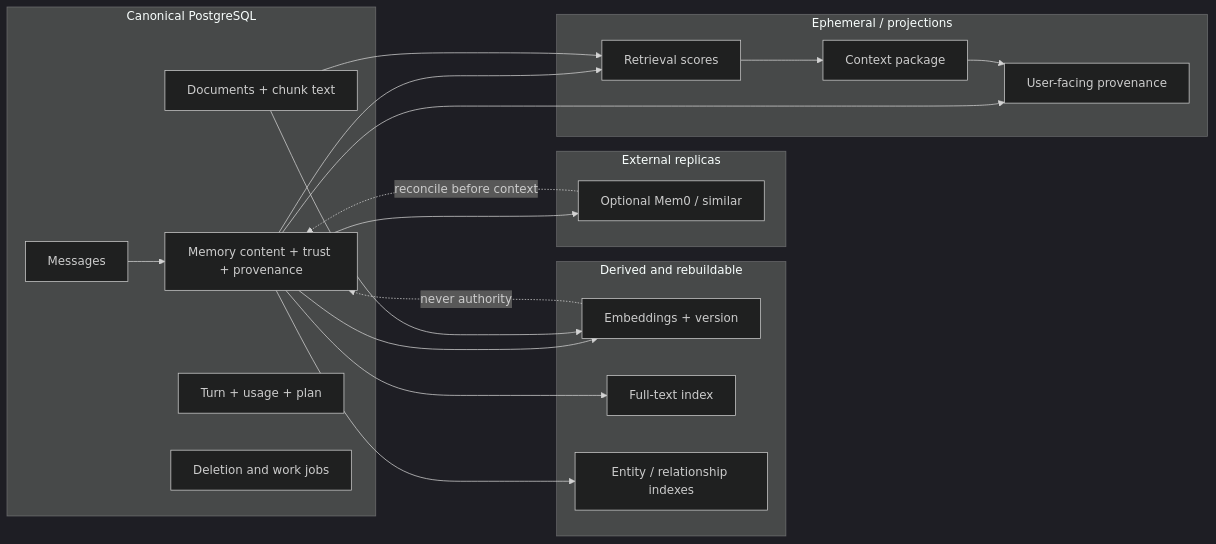
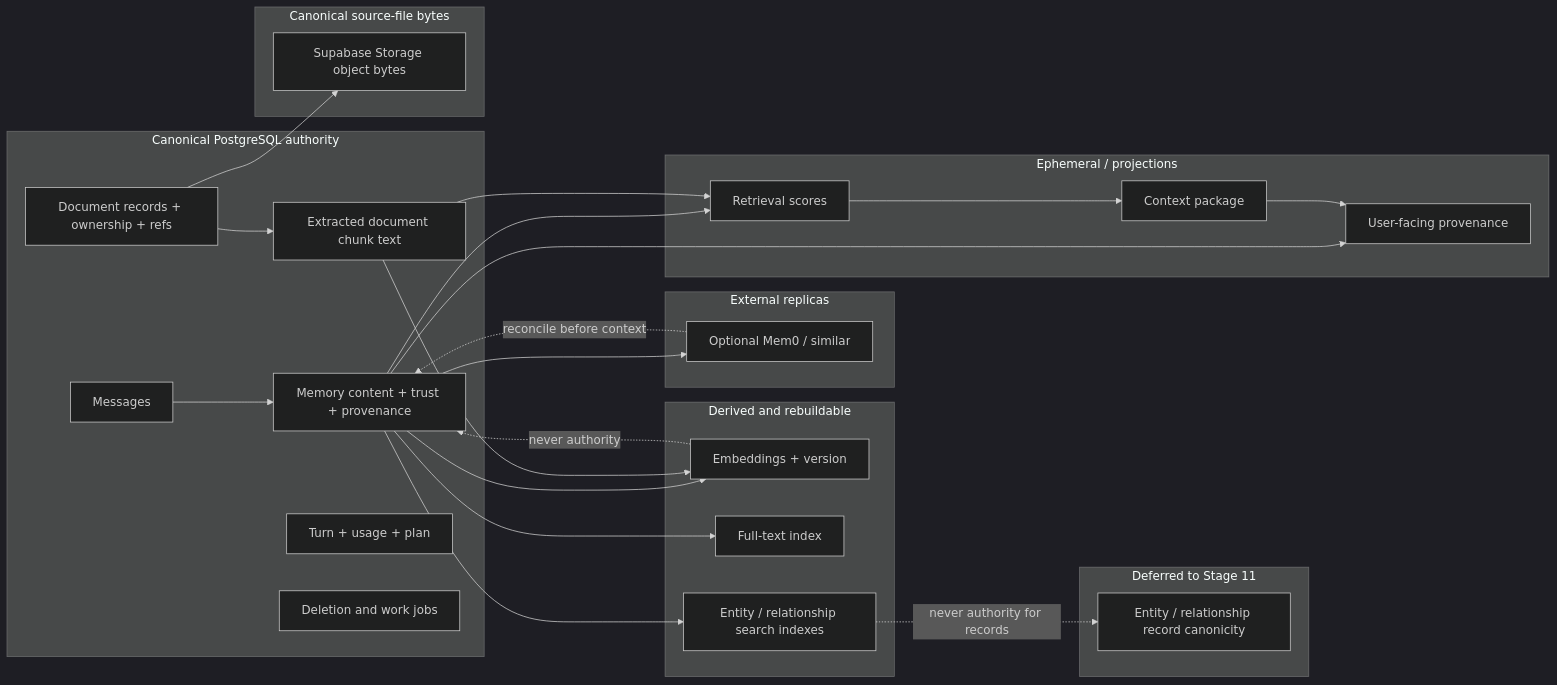
One commit to NicolVii/ContextVault changed the third of 8 diagrams in docs/memory-system/07-target-architecture.md. Above: the diagram before and after it, drawn with Mermaid (dark theme). The commit also changed other lines of this file, not shown here.

First line of the commit message:
docs: correct Stage 7 architecture durability and authority

````diff
--- a/docs/memory-system/07-target-architecture.md
+++ b/docs/memory-system/07-target-architecture.md
@@ -382,40 +382,52 @@
 ```mermaid
 flowchart LR
-  subgraph Canonical["Canonical PostgreSQL"]
+  subgraph Canonical["Canonical PostgreSQL authority"]
     Msg[Messages]
     Mem[Memory content + trust + provenance]
-    Doc[Documents + chunk text]
+    DocMeta[Document records + ownership + refs]
+    Chunk[Extracted document chunk text]
     Turn[Turn + usage + plan]
     Jobs[Deletion and work jobs]
+  end
+
+  subgraph Bytes["Canonical source-file bytes"]
+    Stor[Supabase Storage object bytes]
   end
 
   subgraph Derived["Derived and rebuildable"]
     Emb[Embeddings + version]
     FTS[Full-text index]
-    Ent[Entity / relationship indexes]
+    EntIdx[Entity / relationship search indexes]
+  end
+
+  subgraph Deferred["Deferred to Stage 11"]
+    EntRel[Entity / relationship record canonicity]
   end
 
   subgraph External["External replicas"]
     Mem0[Optional Mem0 / similar]
   end
 
   subgraph Ephemeral["Ephemeral / projections"]
     Ctx[Context package]
     Score[Retrieval scores]
     UI[User-facing provenance]
   end
 
   Msg --> Mem
   Mem --> Emb
   Mem --> FTS
-  Mem --> Ent
+  Mem --> EntIdx
   Mem --> Mem0
-  Doc --> Emb
+  DocMeta --> Stor
+  DocMeta --> Chunk
+  Chunk --> Emb
   Mem --> Score
-  Doc --> Score
+  Chunk --> Score
   Score --> Ctx
   Mem --> UI
   Ctx --> UI
   Mem0 -.->|reconcile before context| Mem
   Emb -.->|never authority| Mem
+  EntIdx -.->|never authority for records| EntRel
 ```
````
